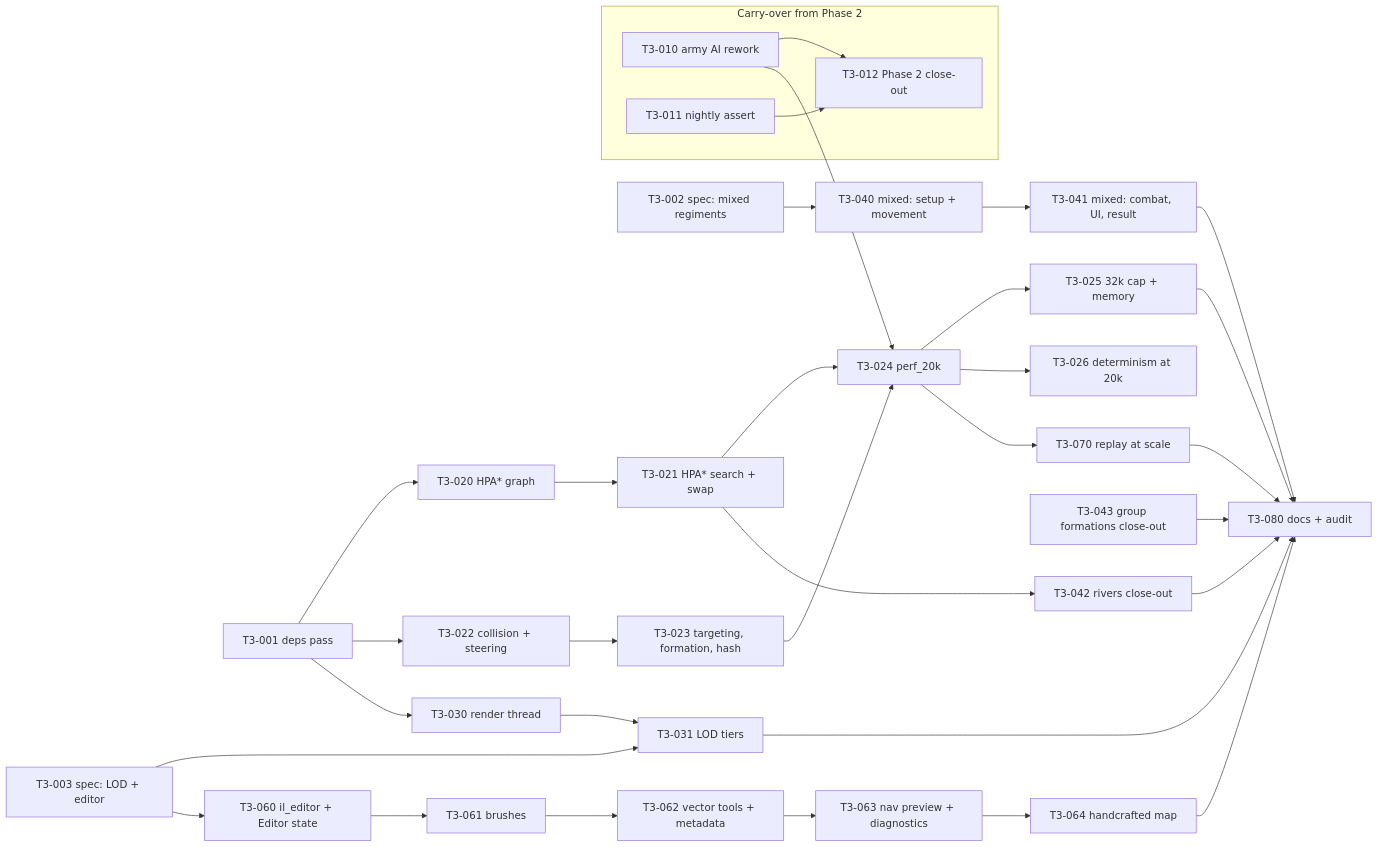
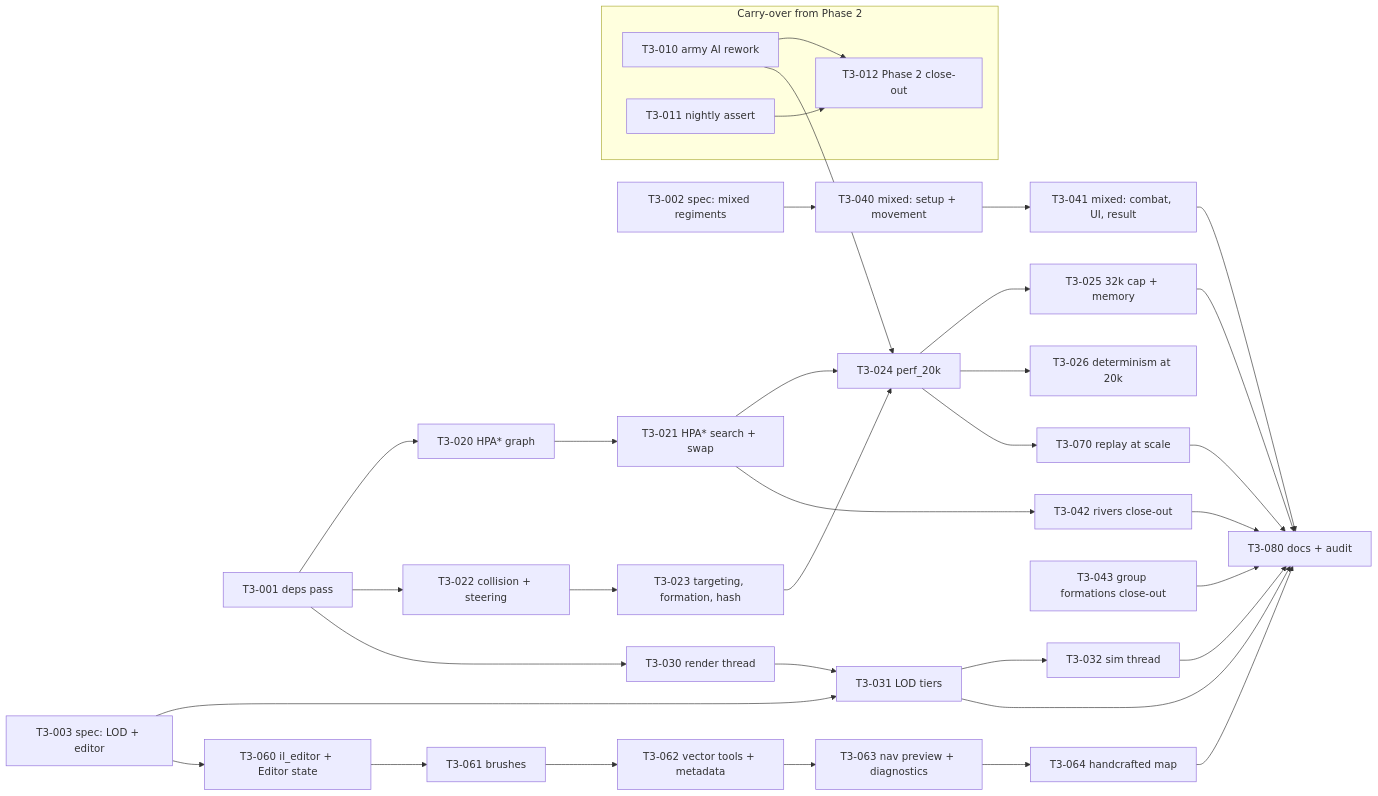
The first of 2 diagrams in docs/09-tasks-phase-3-4.md (danielihazkel/IronLegionEngine), drawn with Mermaid before and after one commit. The commit also changed other lines of this file and 26 other files, not shown here.

First line of the commit message:
T3-032: Sim thread

````diff
--- a/docs/09-tasks-phase-3-4.md
+++ b/docs/09-tasks-phase-3-4.md
@@ -33,36 +33,38 @@
 ```mermaid
 flowchart LR
     subgraph CO[Carry-over from Phase 2]
         T3010[T3-010 army AI rework] --> T3012[T3-012 Phase 2 close-out]
         T3011[T3-011 nightly assert] --> T3012
     end
     T3001[T3-001 deps pass] --> T3020[T3-020 HPA* graph]
     T3020 --> T3021[T3-021 HPA* search + swap]
     T3001 --> T3022[T3-022 collision + steering]
     T3022 --> T3023[T3-023 targeting, formation, hash]
     T3021 --> T3024[T3-024 perf_20k]
     T3023 --> T3024
     T3010 --> T3024
     T3024 --> T3025[T3-025 32k cap + memory]
     T3024 --> T3026[T3-026 determinism at 20k]
     T3001 --> T3030[T3-030 render thread]
     T3003[T3-003 spec: LOD + editor] --> T3031[T3-031 LOD tiers]
     T3030 --> T3031
+    T3031 --> T3032[T3-032 sim thread]
     T3002[T3-002 spec: mixed regiments] --> T3040[T3-040 mixed: setup + movement]
     T3040 --> T3041[T3-041 mixed: combat, UI, result]
     T3021 --> T3042[T3-042 rivers close-out]
     T3043[T3-043 group formations close-out]
     T3003 --> T3060[T3-060 il_editor + Editor state]
     T3060 --> T3061[T3-061 brushes]
     T3061 --> T3062[T3-062 vector tools + metadata]
     T3062 --> T3063[T3-063 nav preview + diagnostics]
     T3063 --> T3064[T3-064 handcrafted map]
     T3024 --> T3070[T3-070 replay at scale]
     T3031 --> T3080[T3-080 docs + audit]
+    T3032 --> T3080
     T3041 --> T3080
     T3064 --> T3080
     T3070 --> T3080
     T3025 --> T3080
     T3042 --> T3080
     T3043 --> T3080
 ```
````
